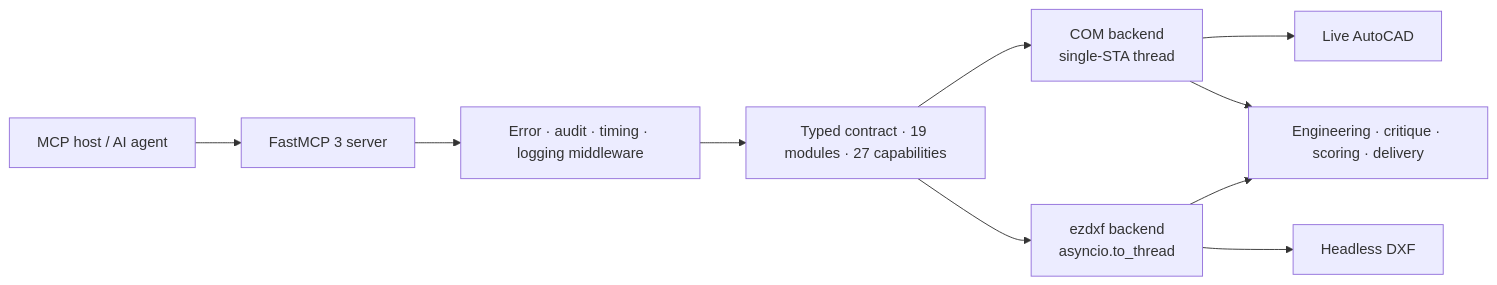
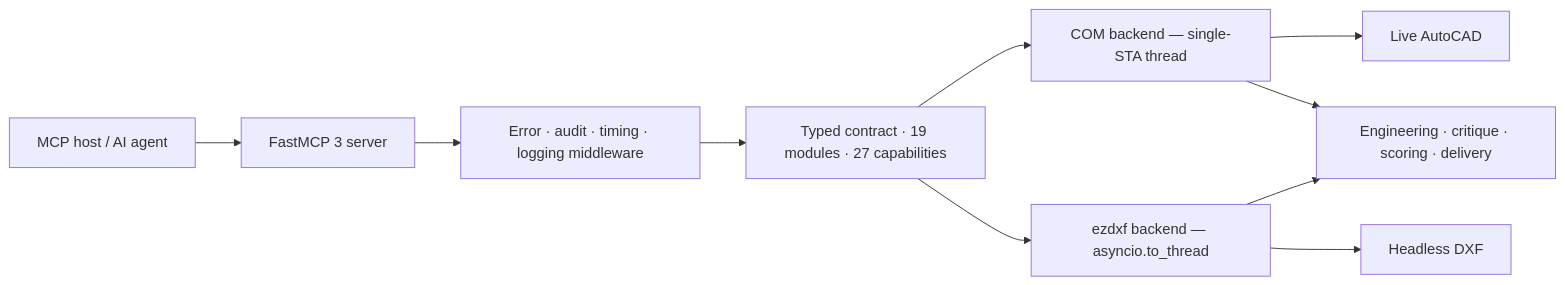
The diagram in README.md (U-C4N/Autocad-MCP), drawn with Mermaid before and after one commit. The commit also changed other lines of this file and 27 other files, not shown here.

````diff
--- a/README.md
+++ b/README.md
@@ -313,12 +325,12 @@
 ```mermaid
 flowchart LR
   A[MCP host / AI agent] --> B[FastMCP 3 server]
   B --> C[Error · audit · timing · logging middleware]
   C --> D[Typed contract · 19 modules · 27 capabilities]
-  D --> E[COM backend<br/>single-STA thread]
-  D --> F[ezdxf backend<br/>asyncio.to_thread]
+  D --> E[COM backend — single-STA thread]
+  D --> F[ezdxf backend — asyncio.to_thread]
   E --> G[Live AutoCAD]
   F --> H[Headless DXF]
   E --> I[Engineering · critique · scoring · delivery]
   F --> I
 ```
````
